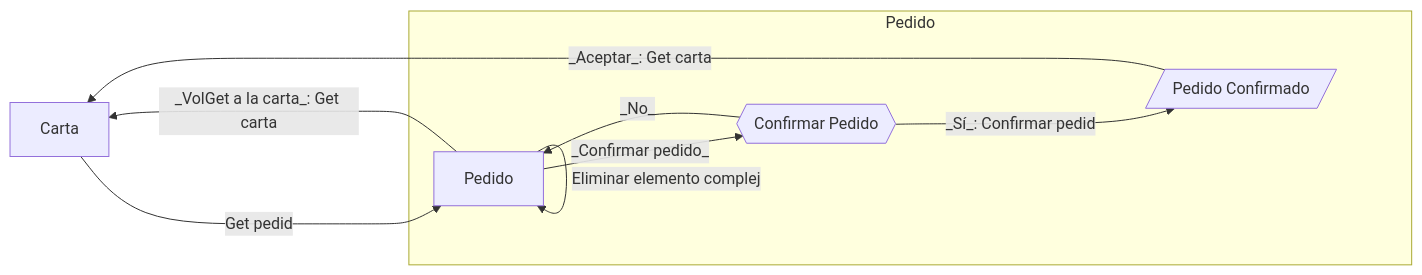
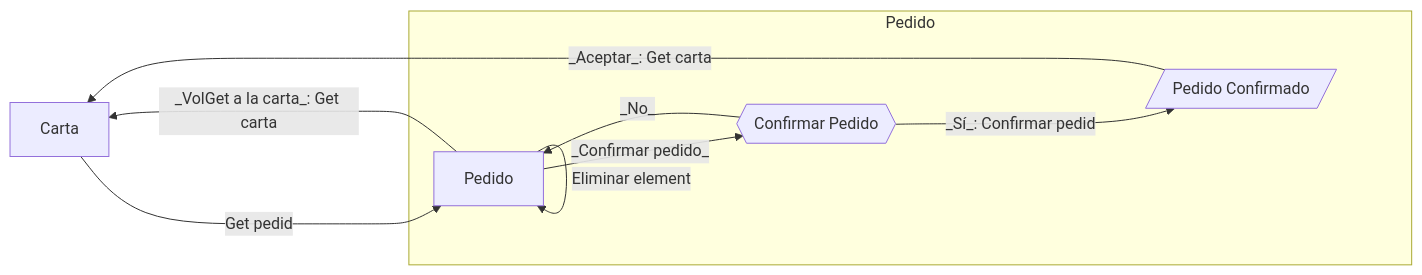
The sixth of 10 diagrams in documentacion/requisitos/diagramas_de_flujo.md (pabenito/QRest), drawn with Mermaid before and after one commit. The commit also changed other lines of this file, not shown here.

Commit message:
Diagrama de flujo: Unificar casos de uso Añadir/Eliminar elementos complejos y simples.

````diff
--- a/documentacion/requisitos/diagramas_de_flujo.md
+++ b/documentacion/requisitos/diagramas_de_flujo.md
@@ -88,19 +87,17 @@
 ```mermaid
 flowchart LR
     carta[Carta]
     subgraph g_pedido[Pedido]
         confirmar_pedido{{Confirmar Pedido}}
         pedido[Pedido]
         pedido_confirmado[/Pedido Confirmado/]
     end
     carta --Get pedido--> pedido
-    pedido --Añadir elemento simple--> pedido
-    pedido --Eliminar elemento simple--> pedido
-    pedido --Añadir elemento complejo--> pedido
-    pedido --Eliminar elemento complejo--> pedido
+    pedido --Añadir elemento--> pedido
+    pedido --Eliminar elemento--> pedido
     pedido --_VolGet a la carta_: Get carta--> carta
     pedido --_Confirmar pedido_--> confirmar_pedido
     confirmar_pedido --_No_--> pedido
     confirmar_pedido --_Sí_: Confirmar pedido--> pedido_confirmado
     pedido_confirmado --_Aceptar_: Get carta--> carta
 ```
````
